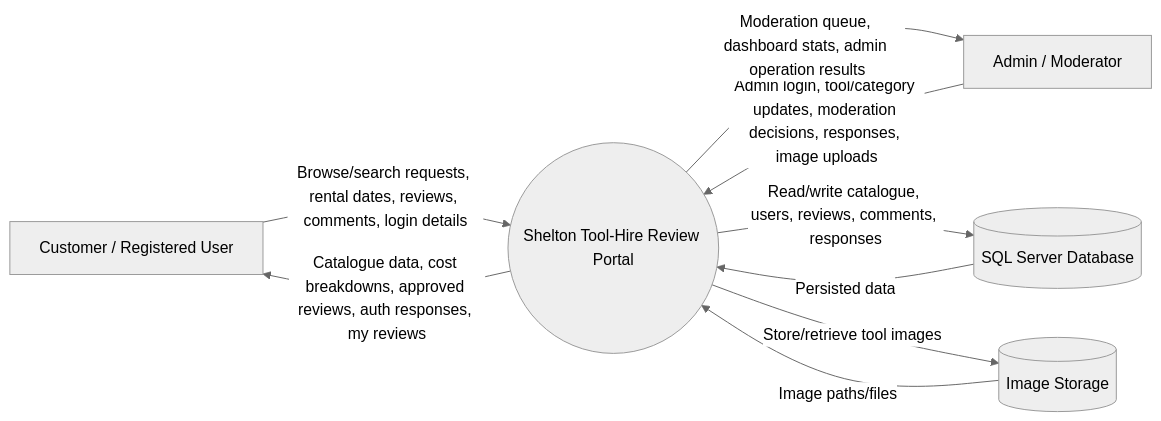
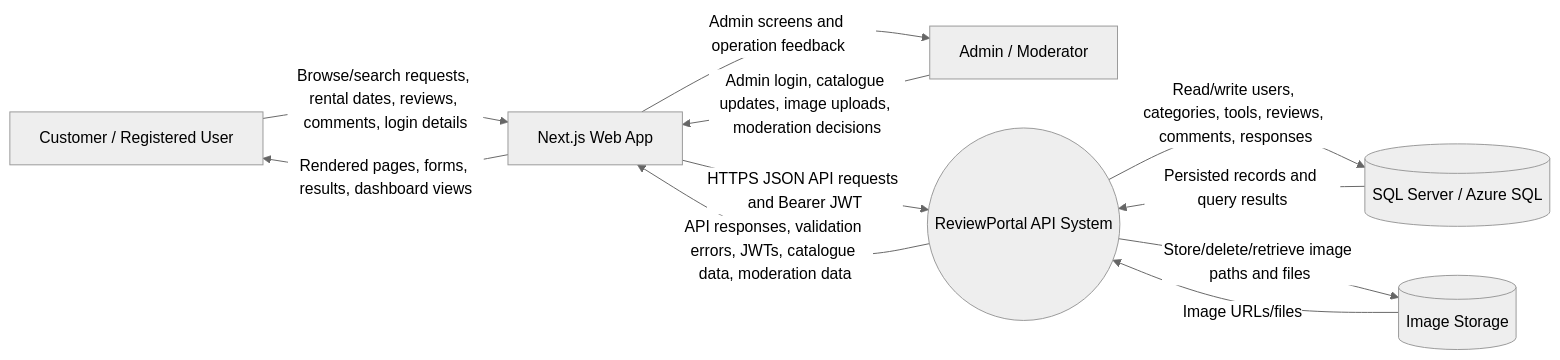
Before and after one commit to SEPP-2026/ReviewPortal-API: the eighth of 10 diagrams in docs/FUNCTIONAL-DESIGN-DIAGRAMS.md, drawn with Mermaid (neutral theme). The commit also changed other lines of this file and 5 other files, not shown here.

Commit message:
Update Diagrams

````diff
--- a/docs/FUNCTIONAL-DESIGN-DIAGRAMS.md
+++ b/docs/FUNCTIONAL-DESIGN-DIAGRAMS.md
@@ -391,20 +548,21 @@
 ```mermaid
 flowchart LR
     Customer["Customer / Registered User"]
     Staff["Admin / Moderator"]
-    Portal(("Shelton Tool-Hire Review Portal"))
-    Db[("SQL Server Database")]
+    Frontend["Next.js Web App"]
+    Portal(("ReviewPortal API System"))
+    Db[("SQL Server / Azure SQL")]
     Storage[("Image Storage")]
 
-    Customer -->|"Browse/search requests, rental dates, reviews, comments, login details"| Portal
-    Portal -->|"Catalogue data, cost breakdowns, approved reviews, auth responses, my reviews"| Customer
+    Customer -->|"Browse/search requests, rental dates, reviews, comments, login details"| Frontend
+    Staff -->|"Admin login, catalogue updates, image uploads, moderation decisions"| Frontend
+    Frontend -->|"HTTPS JSON API requests and Bearer JWT"| Portal
+    Portal -->|"API responses, validation errors, JWTs, catalogue data, moderation data"| Frontend
+    Frontend -->|"Rendered pages, forms, results, dashboard views"| Customer
+    Frontend -->|"Admin screens and operation feedback"| Staff
 
-    Staff -->|"Admin login, tool/category updates, moderation decisions, responses, image uploads"| Portal
-    Portal -->|"Moderation queue, dashboard stats, admin operation results"| Staff
-
-    Portal -->|"Read/write catalogue, users, reviews, comments, responses"| Db
-    Db -->|"Persisted data"| Portal
-
-    Portal -->|"Store/retrieve tool images"| Storage
-    Storage -->|"Image paths/files"| Portal
+    Portal -->|"Read/write users, categories, tools, reviews, comments, responses"| Db
+    Db -->|"Persisted records and query results"| Portal
+    Portal -->|"Store/delete/retrieve image paths and files"| Storage
+    Storage -->|"Image URLs/files"| Portal
 ```
````
